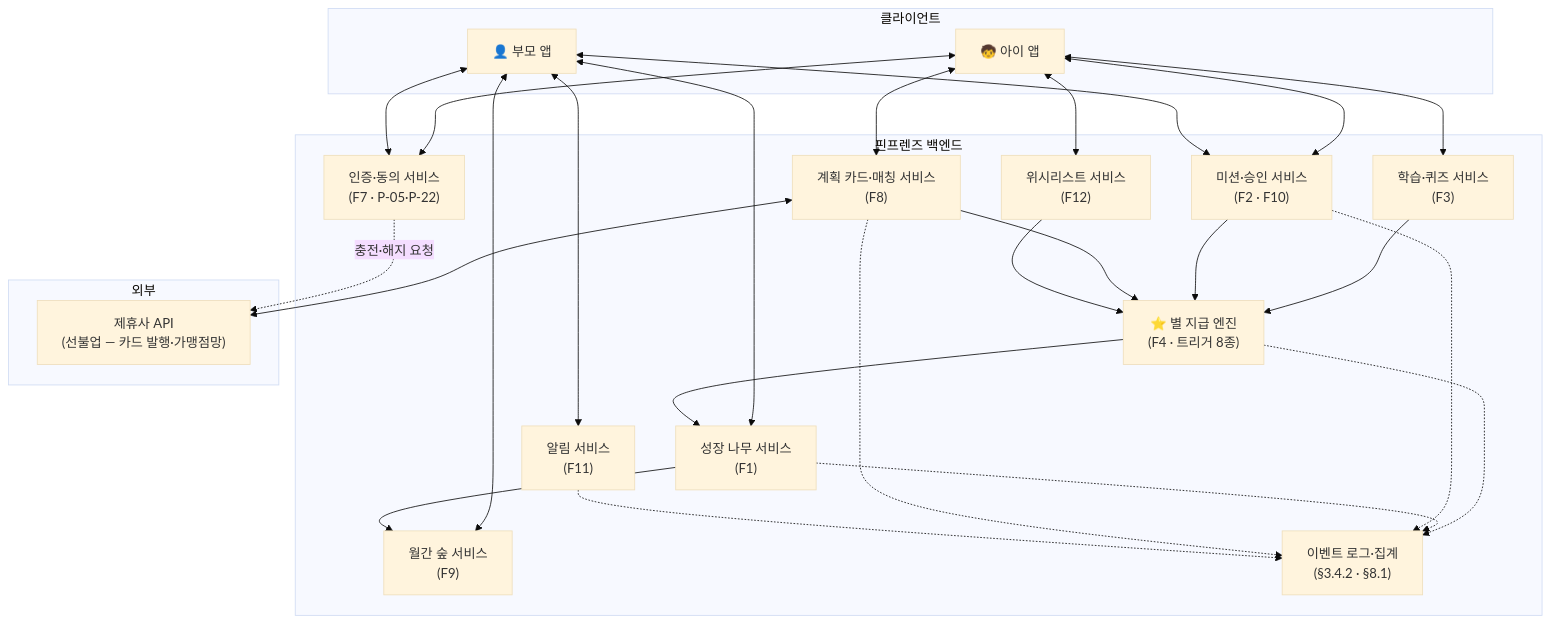
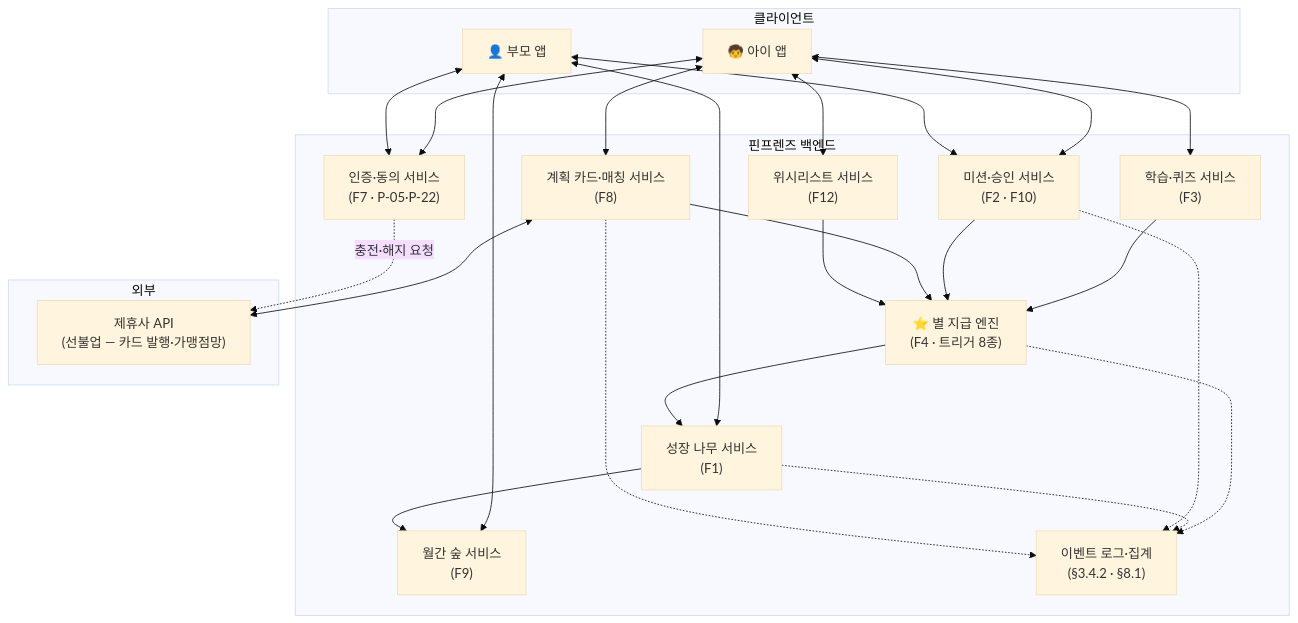
One commit to scene-one/fin_friends_srs changed the first of 16 diagrams in SRS_핀프렌즈_v1_2.md. Above: the diagram before and after it, drawn with Mermaid (base theme). The commit also changed other lines of this file and 2 other files, not shown here.

````diff
--- a/SRS_핀프렌즈_v1_2.md
+++ b/SRS_핀프렌즈_v1_2.md
@@ -150,51 +149,48 @@
 ```mermaid
 flowchart TB
     subgraph Client["클라이언트"]
         ChildApp["🧒 아이 앱"]
         ParentApp["👤 부모 앱"]
     end
 
     subgraph Backend["핀프렌즈 백엔드"]
         Auth["인증·동의 서비스<br/>(F7 · P-05·P-22)"]
         Learn["학습·퀴즈 서비스<br/>(F3)"]
         StarEngine["⭐ 별 지급 엔진<br/>(F4 · 트리거 8종)"]
         Mission["미션·승인 서비스<br/>(F2 · F10)"]
         Tree["성장 나무 서비스<br/>(F1)"]
         Forest["월간 숲 서비스<br/>(F9)"]
         PlanCard["계획 카드·매칭 서비스<br/>(F8)"]
         Wishlist["위시리스트 서비스<br/>(F12)"]
-        Notify["알림 서비스<br/>(F11)"]
         EventLog["이벤트 로그·집계<br/>(§3.4.2 · §8.1)"]
     end
 
     subgraph External["외부"]
         PartnerAPI["제휴사 API<br/>(선불업 — 카드 발행·가맹점망)"]
     end
 
     ChildApp <--> Auth
     ParentApp <--> Auth
     ChildApp <--> Learn
     ChildApp <--> Mission
     ChildApp <--> PlanCard
     ChildApp <--> Wishlist
     ParentApp <--> Mission
     ParentApp <--> Tree
     ParentApp <--> Forest
-    ParentApp <--> Notify
 
     Learn --> StarEngine
     Mission --> StarEngine
     PlanCard --> StarEngine
     Wishlist --> StarEngine
     StarEngine --> Tree
     Tree --> Forest
 
     PlanCard <--> PartnerAPI
     Auth -.->|"충전·해지 요청"| PartnerAPI
 
     StarEngine -.-> EventLog
     Tree -.-> EventLog
     Mission -.-> EventLog
     PlanCard -.-> EventLog
-    Notify -.-> EventLog
 ```
````
